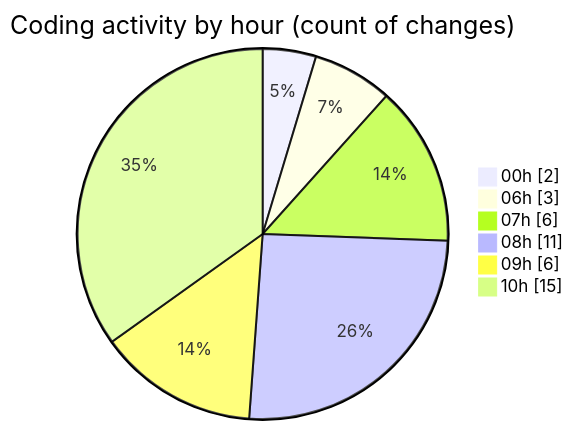
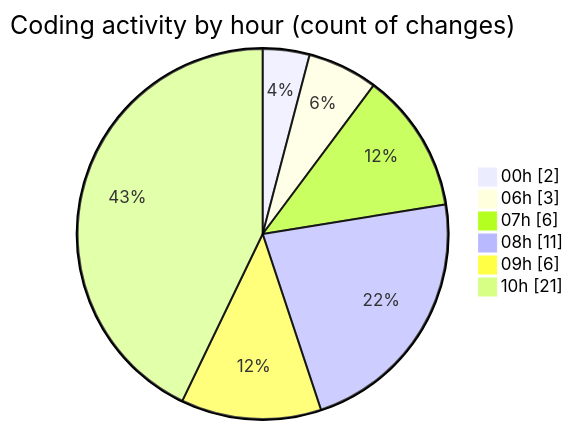
The second of 2 diagrams in 2025-05-15/niten/README.md (Elitesun/code-tracking), drawn with Mermaid before and after one commit. The commit also changed other lines of this file and 1 other file, not shown here.

````diff
--- a/2025-05-15/niten/README.md
+++ b/2025-05-15/niten/README.md
@@ -48,10 +48,10 @@
 ```mermaid
 pie showData
 title Coding activity by hour (count of changes)
 "00h" : 2
 "06h" : 3
 "07h" : 6
 "08h" : 11
 "09h" : 6
-"10h" : 15
+"10h" : 21
 ```
````
